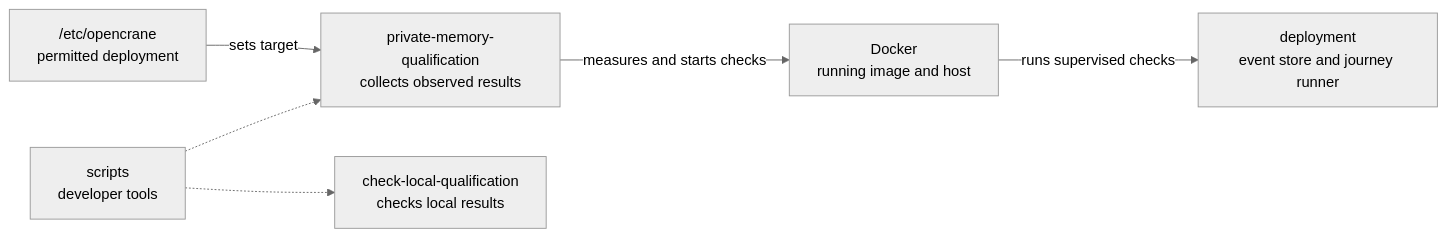
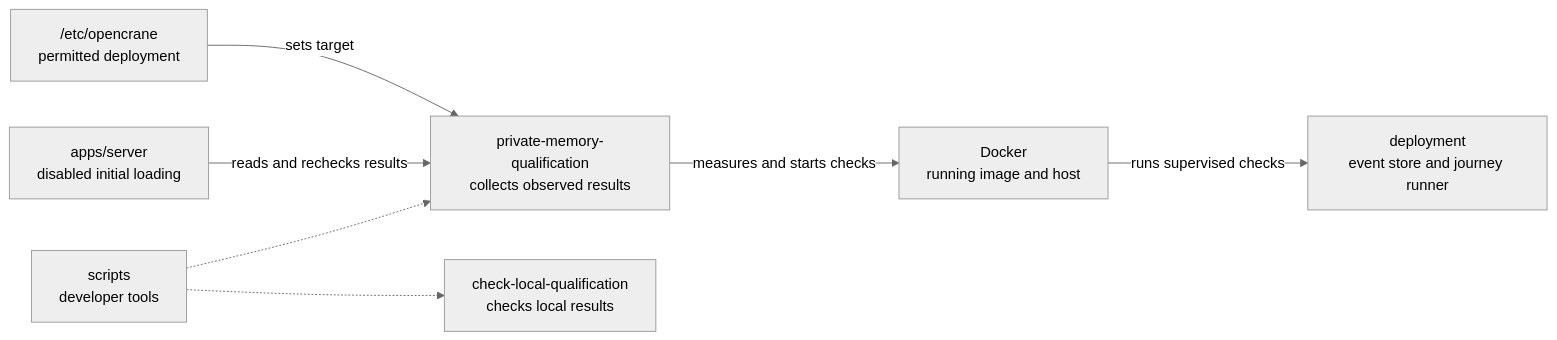
Before and after one commit to elewa-git/opencrane-new: the diagram in scripts/private-memory-qualification/README.md, drawn with Mermaid (neutral theme). The commit also changed other lines of this file and 22 other files, not shown here.

````diff
--- a/scripts/private-memory-qualification/README.md
+++ b/scripts/private-memory-qualification/README.md
@@ -15,8 +15,9 @@
 ```mermaid
 flowchart LR
   scripts["scripts<br/>developer tools"] -.-> collector["private-memory-qualification<br/>collects observed results"]
   scripts -.-> sibling["check-local-qualification<br/>checks local results"]
+  server["apps/server<br/>disabled initial loading"] -->|reads and rechecks results| collector
   config["/etc/opencrane<br/>permitted deployment"] -->|sets target| collector
   collector -->|measures and starts checks| docker["Docker<br/>running image and host"]
   docker -->|runs supervised checks| deployment["deployment<br/>event store and journey runner"]
 ```
````
